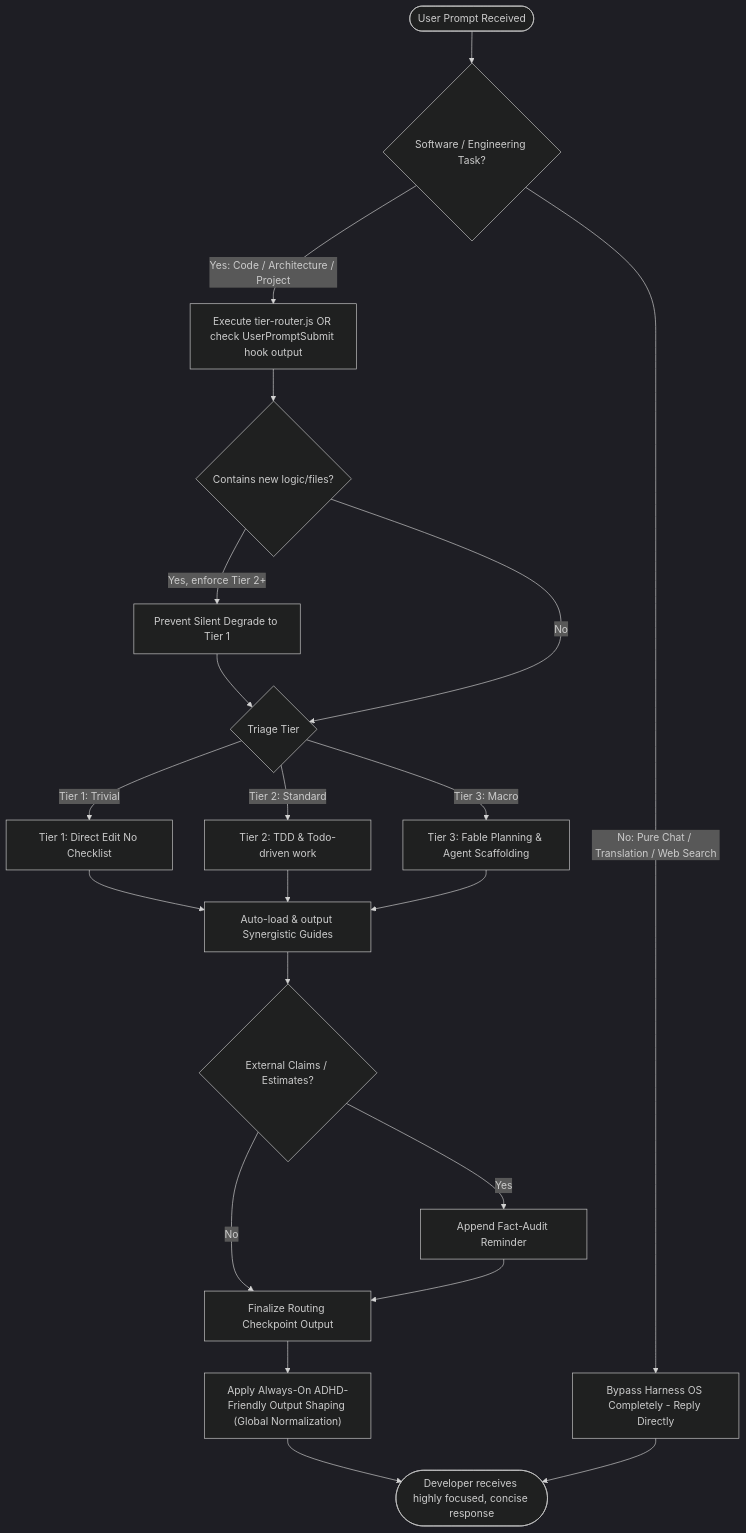
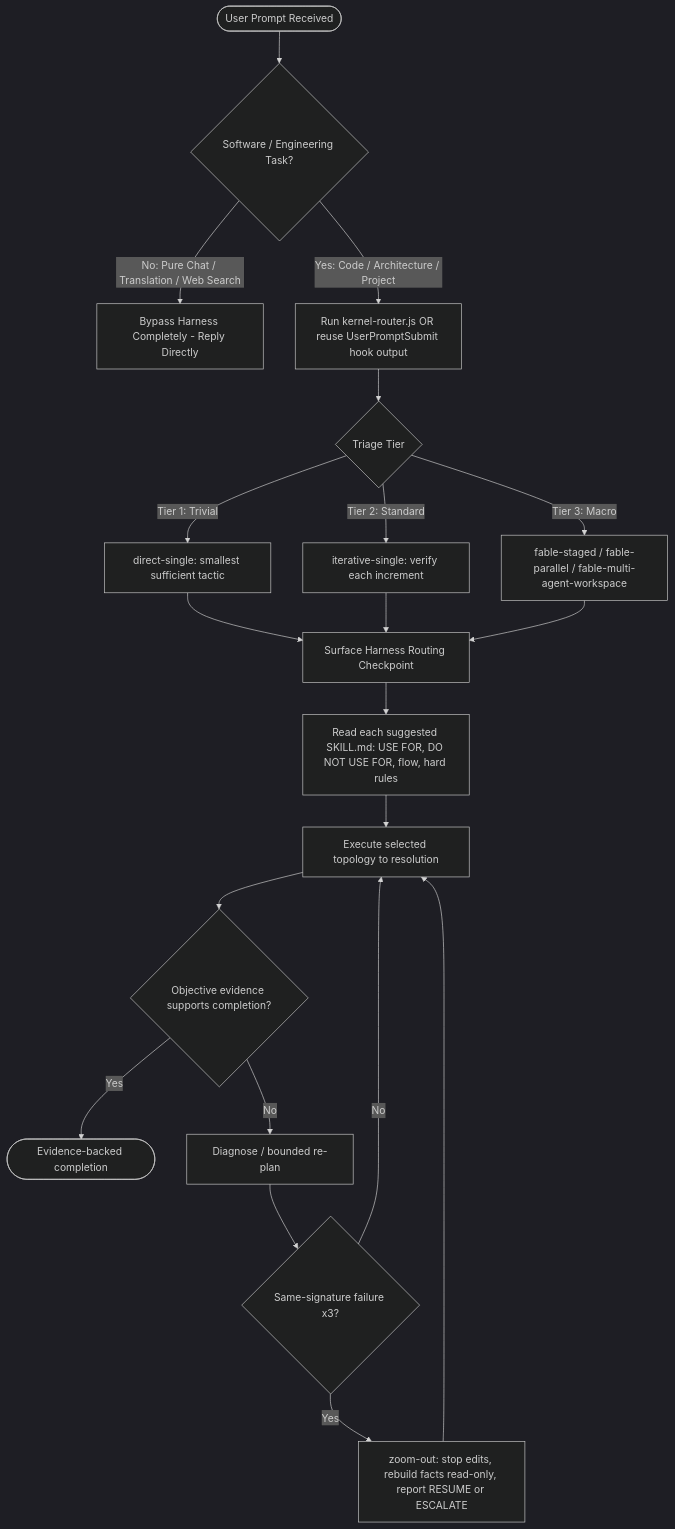
Before and after one commit to dyphn1/Harness-everything: the first of 3 diagrams in docs/workflows/harness-everything.md, drawn with Mermaid (dark theme). The commit also changed other lines of this file and 4 other files, not shown here.

First line of the commit message:
docs: Sync skill catalog and mechanism coverage after workflow lifecycle work

````diff
--- a/docs/workflows/harness-everything.md
+++ b/docs/workflows/harness-everything.md
@@ -11,26 +13,22 @@
 ```mermaid
 graph TD
   Start([User Prompt Received]) --> CheckSoftware{Software / Engineering Task?}
-  CheckSoftware -->|No: Pure Chat / Translation / Web Search| BypassHarness["Bypass Harness OS Completely - Reply Directly"]
-  CheckSoftware -->|Yes: Code / Architecture / Project| ExecuteRouter["Execute tier-router.js OR check UserPromptSubmit hook output"]
-  ExecuteRouter --> DetectNewFeature{Contains new logic/files?}
-  DetectNewFeature -->|Yes, enforce Tier 2+| PreventDegrade["Prevent Silent Degrade to Tier 1"]
-  PreventDegrade --> TriageTier
-  DetectNewFeature -->|No| TriageTier{Triage Tier}
-  
-  TriageTier -->|Tier 1: Trivial| Tier1Route["Tier 1: Direct Edit No Checklist"]
-  TriageTier -->|Tier 2: Standard| Tier2Route["Tier 2: TDD & Todo-driven work"]
-  TriageTier -->|Tier 3: Macro| Tier3Route["Tier 3: Fable Planning & Agent Scaffolding"]
-  
-  Tier1Route --> LoadGuides["Auto-load & output Synergistic Guides"]
-  Tier2Route --> LoadGuides
-  Tier3Route --> LoadGuides
-  
-  LoadGuides --> FactCheck{External Claims / Estimates?}
-  FactCheck -->|Yes| FactReminder["Append Fact-Audit Reminder"]
-  FactCheck -->|No| FinalizeOutput["Finalize Routing Checkpoint Output"]
-  FactReminder --> FinalizeOutput
-  FinalizeOutput --> Normalization["Apply Always-On ADHD-Friendly Output Shaping (Global Normalization)"]
-  Normalization --> End([Developer receives highly focused, concise response])
-  BypassHarness --> End
+  CheckSoftware -->|No: Pure Chat / Translation / Web Search| BypassHarness["Bypass Harness Completely - Reply Directly"]
+  CheckSoftware -->|Yes: Code / Architecture / Project| ExecuteRouter["Run kernel-router.js OR reuse UserPromptSubmit hook output"]
+  ExecuteRouter --> TriageTier{Triage Tier}
+  TriageTier -->|Tier 1: Trivial| Tier1Route["direct-single: smallest sufficient tactic"]
+  TriageTier -->|Tier 2: Standard| Tier2Route["iterative-single: verify each increment"]
+  TriageTier -->|Tier 3: Macro| Tier3Route["fable-staged / fable-parallel / fable-multi-agent-workspace"]
+  Tier1Route --> Checkpoint["Surface Harness Routing Checkpoint"]
+  Tier2Route --> Checkpoint
+  Tier3Route --> Checkpoint
+  Checkpoint --> Evaluate["Read each suggested SKILL.md: USE FOR, DO NOT USE FOR, flow, hard rules"]
+  Evaluate --> Execute["Execute selected topology to resolution"]
+  Execute --> VerifyGate{Objective evidence supports completion?}
+  VerifyGate -->|Yes| Done([Evidence-backed completion])
+  VerifyGate -->|No| Diagnose["Diagnose / bounded re-plan"]
+  Diagnose --> RetryCheck{Same-signature failure x3?}
+  RetryCheck -->|No| Execute
+  RetryCheck -->|Yes| ZoomOut["zoom-out: stop edits, rebuild facts read-only, report RESUME or ESCALATE"]
+  ZoomOut --> Execute
 ```
````
